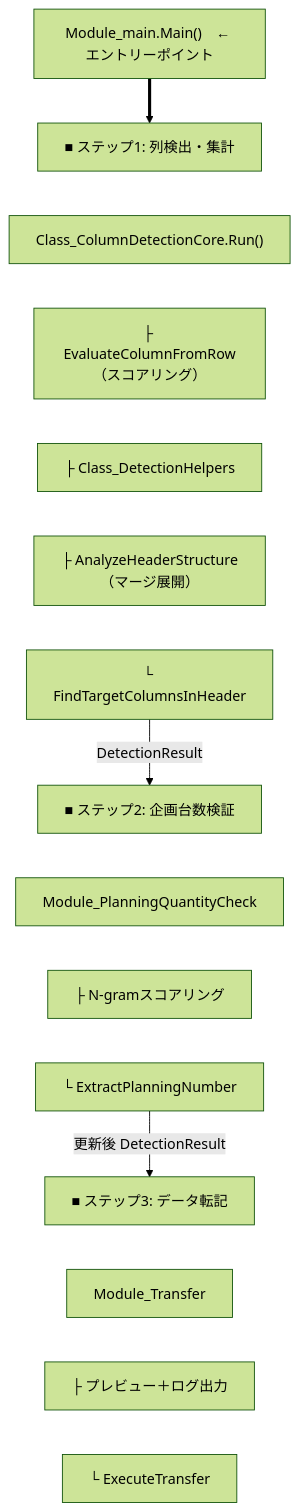
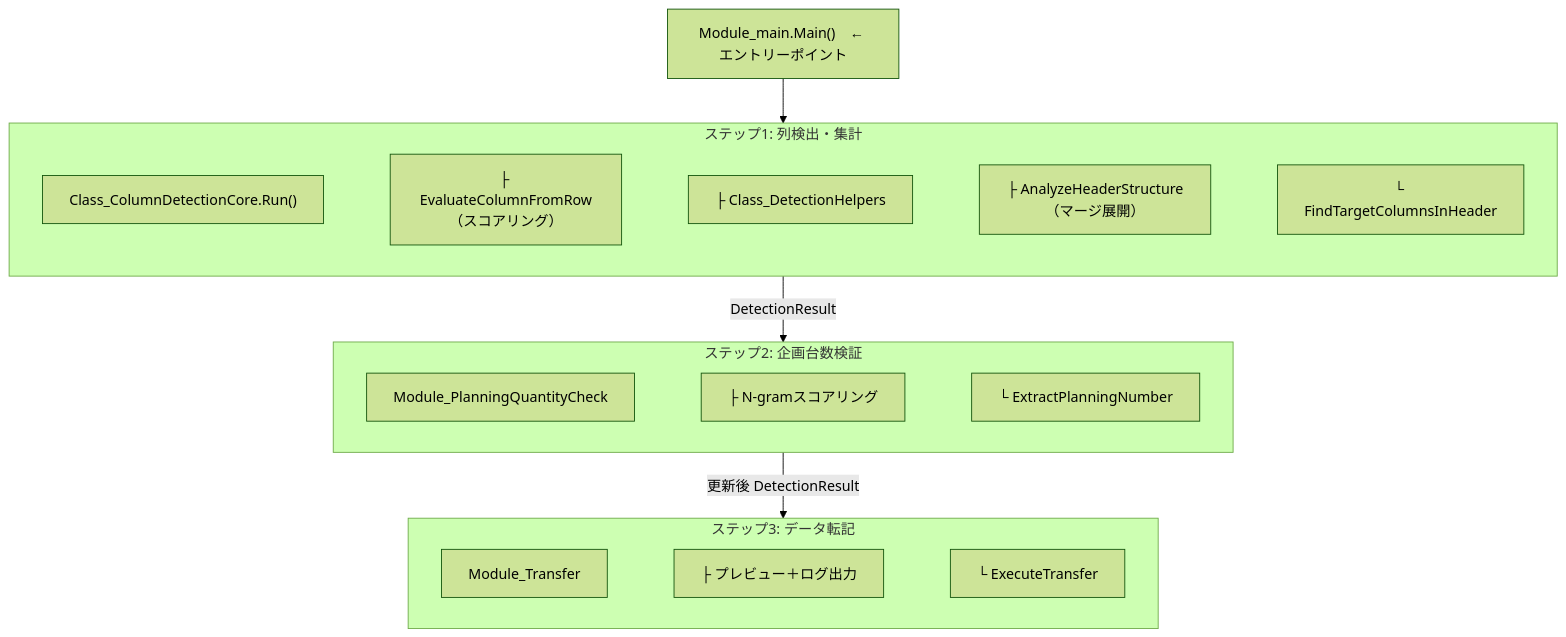
Before and after one commit to aki0178/business-system-design-portfolio: the diagram in 01_normalizer.md, drawn with Mermaid (forest theme).

````diff
--- a/01_normalizer.md
+++ b/01_normalizer.md
@@ -48,38 +48,36 @@
 ```mermaid
 flowchart TB
     Main["Module_main.Main()　← エントリーポイント"]
 
-    Step1Title["■ ステップ1: 列検出・集計"]
-    Core["Class_ColumnDetectionCore.Run()"]
-    Eval["├ EvaluateColumnFromRow（スコアリング）"]
-    Helpers["├ Class_DetectionHelpers"]
-    Header["├ AnalyzeHeaderStructure（マージ展開）"]
-    Find["└ FindTargetColumnsInHeader"]
+    subgraph Step1["ステップ1: 列検出・集計"]
+        Core["Class_ColumnDetectionCore.Run()"]
+        Eval["├ EvaluateColumnFromRow（スコアリング）"]
+        Helpers["├ Class_DetectionHelpers"]
+        Header["├ AnalyzeHeaderStructure（マージ展開）"]
+        Find["└ FindTargetColumnsInHeader"]
+        Core ~~~ Eval
+        Eval ~~~ Helpers
+        Helpers ~~~ Header
+        Header ~~~ Find
+    end
 
-    Step2Title["■ ステップ2: 企画台数検証"]
-    PQC["Module_PlanningQuantityCheck"]
-    NGram["├ N-gramスコアリング"]
-    Extract["└ ExtractPlanningNumber"]
+    subgraph Step2["ステップ2: 企画台数検証"]
+        PQC["Module_PlanningQuantityCheck"]
+        NGram["├ N-gramスコアリング"]
+        Extract["└ ExtractPlanningNumber"]
+        PQC ~~~ NGram
+        NGram ~~~ Extract
+    end
 
-    Step3Title["■ ステップ3: データ転記"]
-    Transfer["Module_Transfer"]
-    Preview["├ プレビュー＋ログ出力"]
-    Exec["└ ExecuteTransfer"]
+    subgraph Step3["ステップ3: データ転記"]
+        Transfer["Module_Transfer"]
+        Preview["├ プレビュー＋ログ出力"]
+        Exec["└ ExecuteTransfer"]
+        Transfer ~~~ Preview
+        Preview ~~~ Exec
+    end
 
-    Main ==> Step1Title
-    Step1Title ~~~ Core
-    Core ~~~ Eval
-    Eval ~~~ Helpers
-    Helpers ~~~ Header
-    Header ~~~ Find
-
-    Find -- "DetectionResult" --> Step2Title
-    Step2Title ~~~ PQC
-    PQC ~~~ NGram
-    NGram ~~~ Extract
-
-    Extract -- "更新後 DetectionResult" --> Step3Title
-    Step3Title ~~~ Transfer
-    Transfer ~~~ Preview
-    Preview ~~~ Exec
+    Main --> Step1
+    Step1 -- "DetectionResult" --> Step2
+    Step2 -- "更新後 DetectionResult" --> Step3
 ```
````
